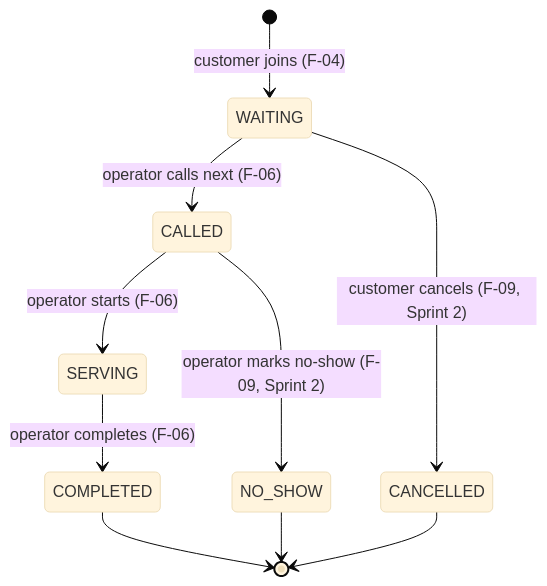
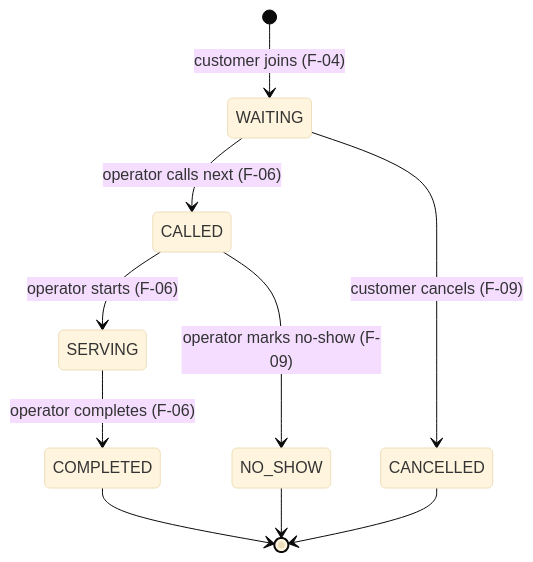
One commit to MacOverlorD/Queue_and_Service_Management_System_37-39 changed the third of 3 diagrams in docs/system-sds.md. Above: the diagram before and after it, drawn with Mermaid (base theme). The commit also changed other lines of this file, not shown here.

First line of the commit message:
docs: system SDS v0.3 for Deliverable 2 (Sprint 2 and F-13 as built, F-12 and hardening planned) (#69)

````diff
--- a/docs/system-sds.md
+++ b/docs/system-sds.md
@@ -104,12 +121,12 @@
 ```mermaid
 stateDiagram-v2
   [*] --> WAITING: customer joins (F-04)
   WAITING --> CALLED: operator calls next (F-06)
   CALLED --> SERVING: operator starts (F-06)
   SERVING --> COMPLETED: operator completes (F-06)
-  WAITING --> CANCELLED: customer cancels (F-09, Sprint 2)
-  CALLED --> NO_SHOW: operator marks no-show (F-09, Sprint 2)
+  WAITING --> CANCELLED: customer cancels (F-09)
+  CALLED --> NO_SHOW: operator marks no-show (F-09)
   COMPLETED --> [*]
   CANCELLED --> [*]
   NO_SHOW --> [*]
 ```
````
